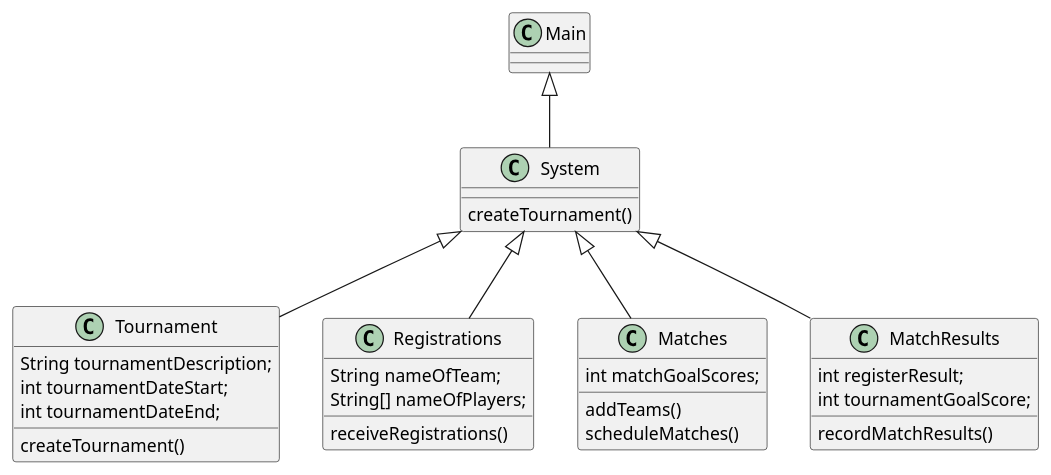
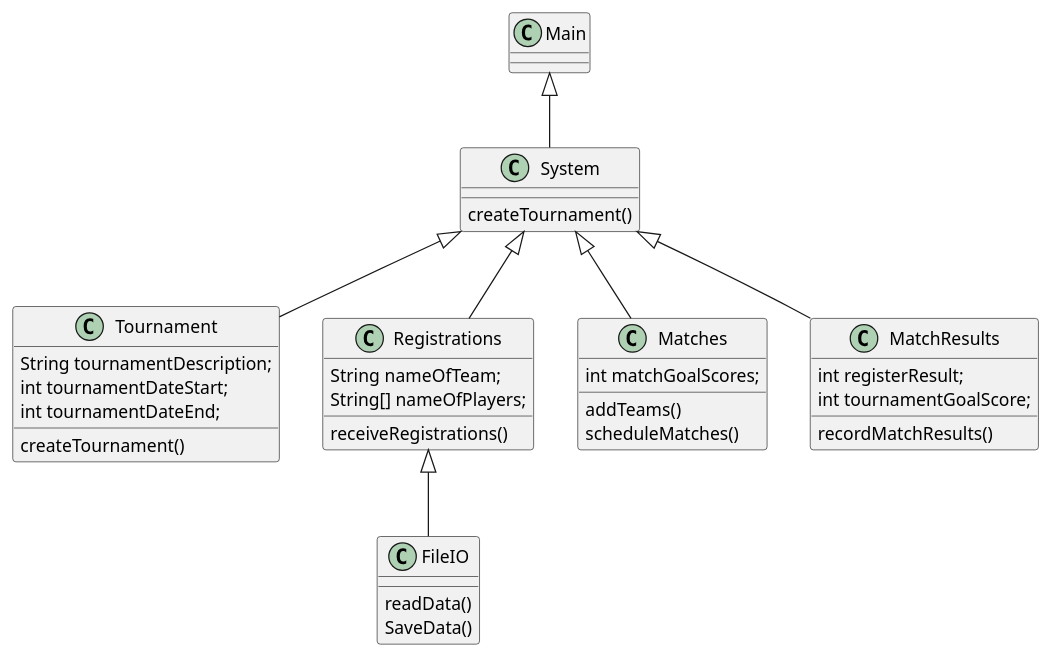
The diagram in Documentation/KlasseDiagram.puml (NikolajKaspersen/Tournament), drawn with PlantUML before and after one commit.

Commit message:
KlasseDiagram

```diff
--- a/Documentation/KlasseDiagram.puml
+++ b/Documentation/KlasseDiagram.puml
@@ -1,47 +1,53 @@
 @startuml
 class System
 {
     createTournament()
 }
 
 class Tournament
 {
     String tournamentDescription;
     int tournamentDateStart;
     int tournamentDateEnd;
 
     createTournament()
 }
 
 class Registrations
 {
     String nameOfTeam;
     String[] nameOfPlayers;
 
     receiveRegistrations()
 }
 
 class Matches
 {
     int matchGoalScores;
 
     addTeams()
     scheduleMatches()
 }
 
 class MatchResults
 {
     int registerResult;
     int tournamentGoalScore;
 
     recordMatchResults()
 }
 
+class FileIO
+{
+readData()
+SaveData()
+}
+
 System <|-- Tournament
 System <|-- Registrations
 System <|-- Matches
 System <|-- MatchResults
-
+Registrations <|-- FileIO
 Main <|-- System
 
 @enduml
```
